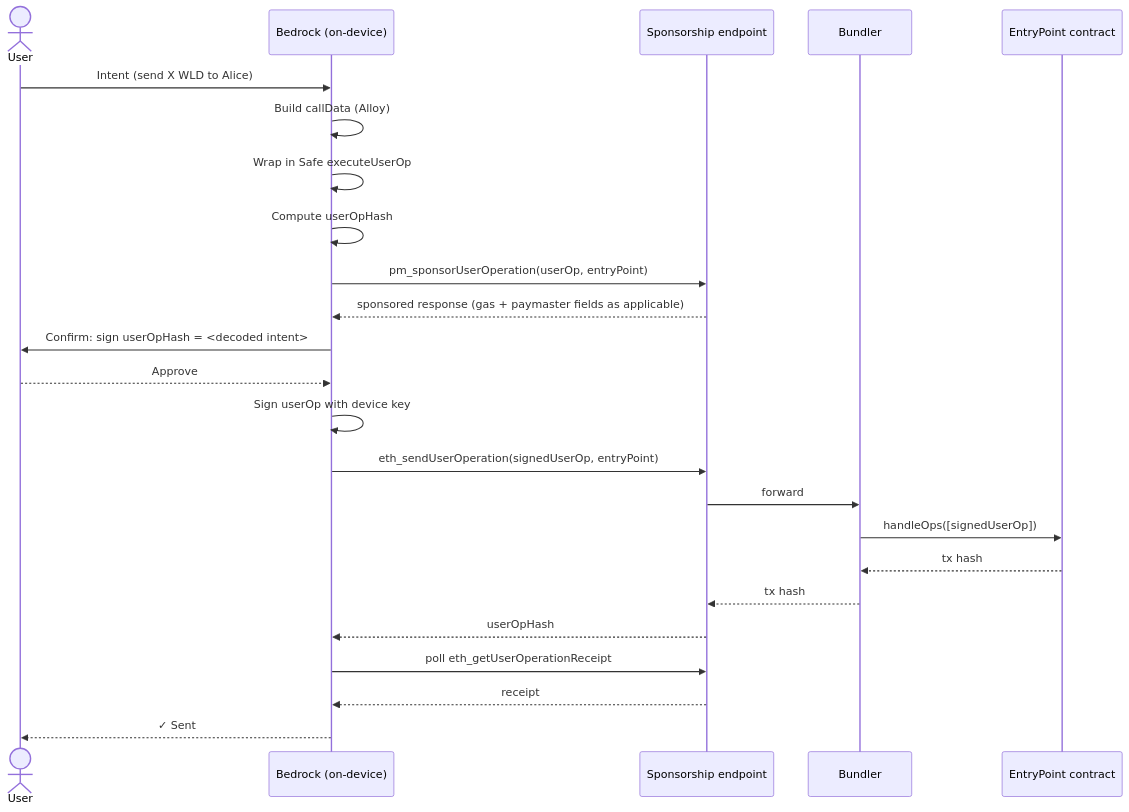
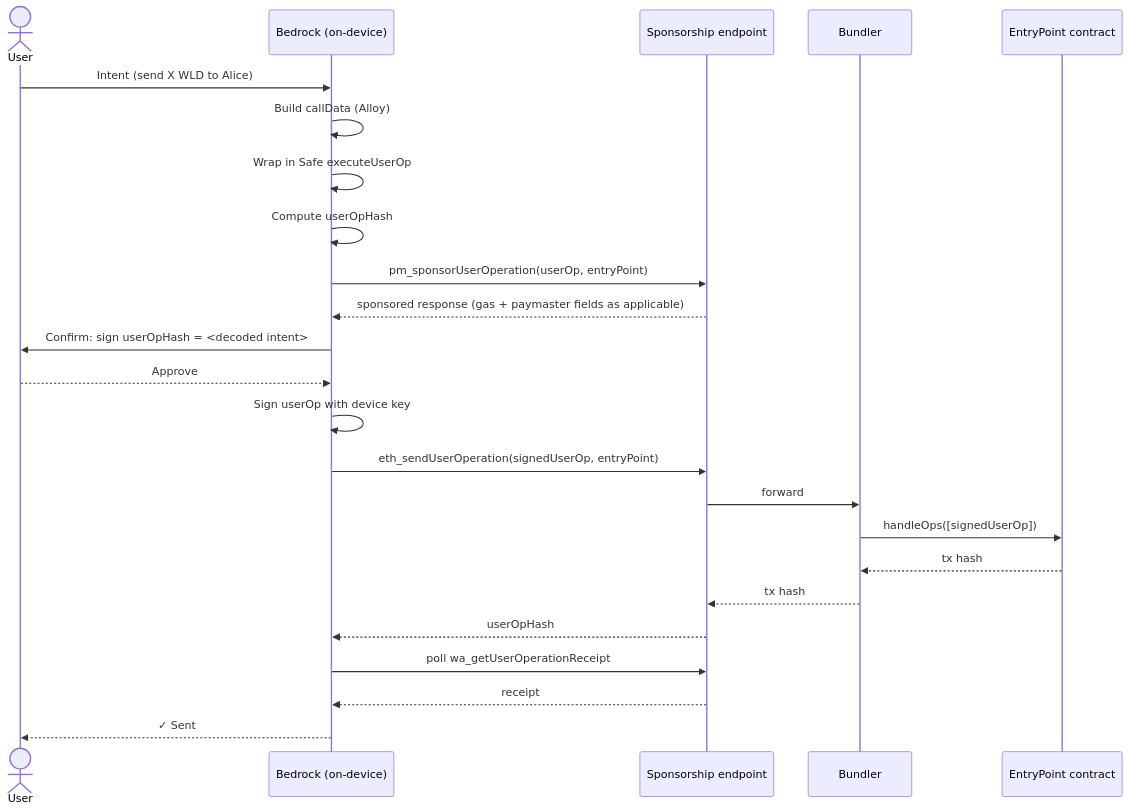
The first of 2 diagrams in bedrock/src/transactions/transaction.md (worldcoin/bedrock), drawn with Mermaid before and after one commit. The commit also changed other lines of this file and 6 other files, not shown here.

````diff
--- a/bedrock/src/transactions/transaction.md
+++ b/bedrock/src/transactions/transaction.md
@@ -59,31 +64,31 @@
 ```mermaid
 sequenceDiagram
     actor User
     participant Bedrock as Bedrock (on-device)
     participant Endpoint as Sponsorship endpoint
     participant Bundler
     participant EP as EntryPoint contract
 
     User->>Bedrock: Intent (send X WLD to Alice)
     Bedrock->>Bedrock: Build callData (Alloy)
     Bedrock->>Bedrock: Wrap in Safe executeUserOp
     Bedrock->>Bedrock: Compute userOpHash
 
     Bedrock->>Endpoint: pm_sponsorUserOperation(userOp, entryPoint)
     Endpoint-->>Bedrock: sponsored response (gas + paymaster fields as applicable)
 
     Bedrock->>User: Confirm: sign userOpHash = <decoded intent>
     User-->>Bedrock: Approve
     Bedrock->>Bedrock: Sign userOp with device key
 
     Bedrock->>Endpoint: eth_sendUserOperation(signedUserOp, entryPoint)
     Endpoint->>Bundler: forward
     Bundler->>EP: handleOps([signedUserOp])
     EP-->>Bundler: tx hash
     Bundler-->>Endpoint: tx hash
     Endpoint-->>Bedrock: userOpHash
 
-    Bedrock->>Endpoint: poll eth_getUserOperationReceipt
+    Bedrock->>Endpoint: poll wa_getUserOperationReceipt
     Endpoint-->>Bedrock: receipt
     Bedrock-->>User: ✓ Sent
 ```
````
